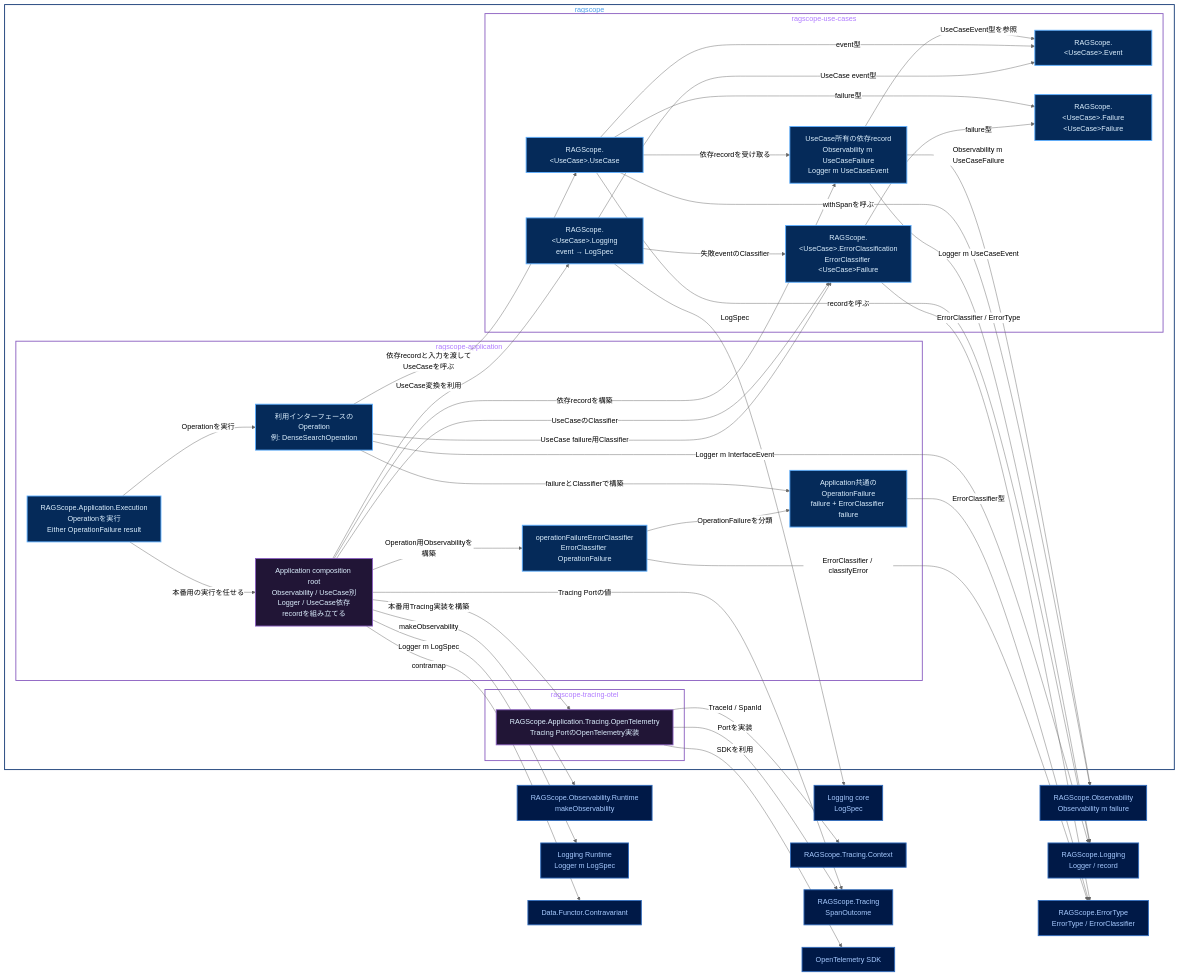
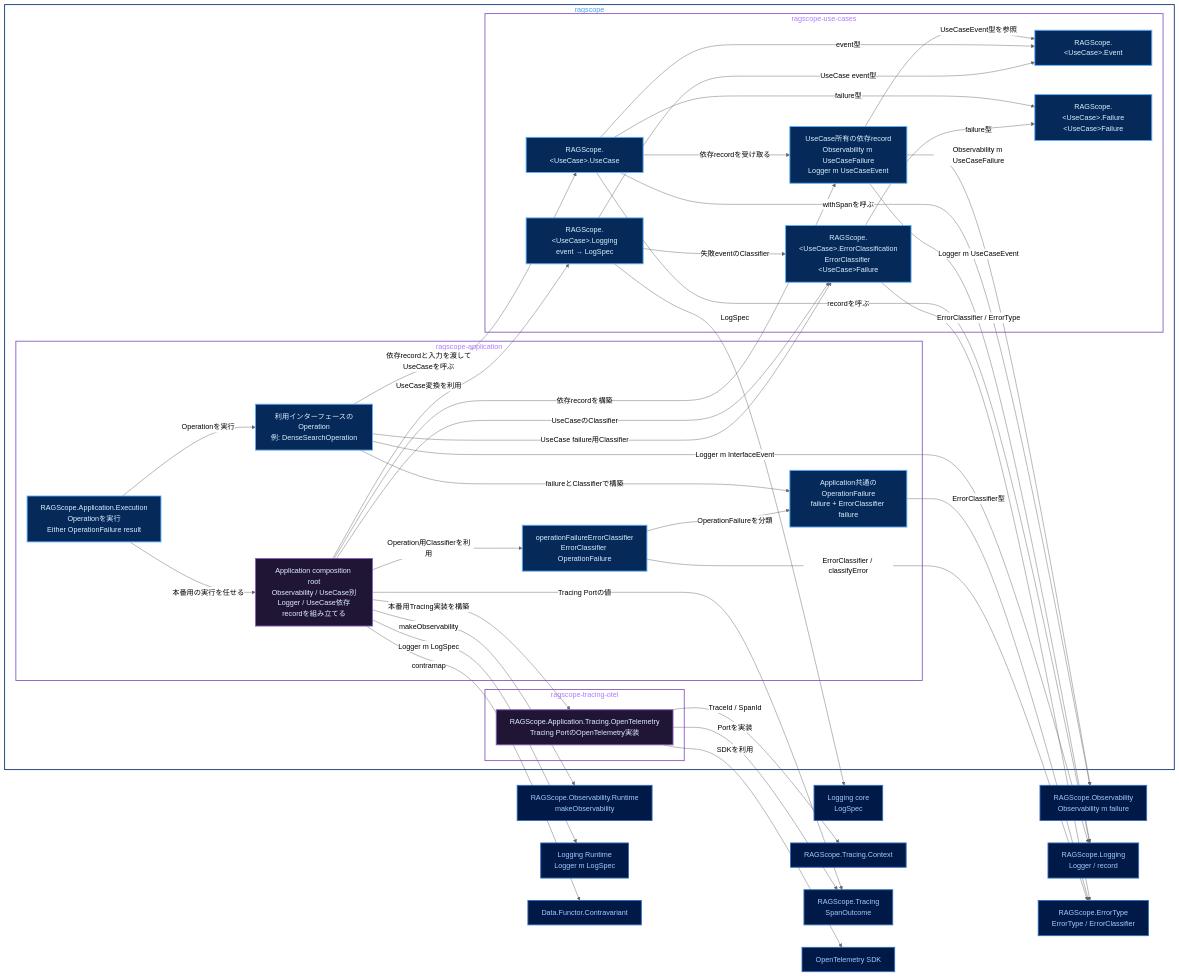
The diagram in Notes/RAGScope/RAGScopeアプリケーション/実行追跡・構造化ログ静的依存図 Application・UseCase.md (takashit16833/Workbench), drawn with Mermaid (neutral theme) before and after one commit. The commit also changed 1 other file, not shown here.

Commit message:
docs: sync RS-0022 review fixes

```diff
--- a/Notes/RAGScope/RAGScopeアプリケーション/実行追跡・構造化ログ静的依存図 Application・UseCase.md
+++ b/Notes/RAGScope/RAGScopeアプリケーション/実行追跡・構造化ログ静的依存図 Application・UseCase.md
@@ -70,7 +70,7 @@
     operation_failure -->|ErrorClassifier型| error_type
     operation_classifier -->|OperationFailureを分類| operation_failure
     operation_classifier -->|ErrorClassifier / classifyError| error_type
-    composition -->|Operation用Observabilityを構築| operation_classifier
+    composition -->|Operation用Classifierを利用| operation_classifier
 
     usecase_body -->|依存recordを受け取る| usecase_deps
     usecase_deps -->|UseCaseEvent型を参照| usecase_event
```
